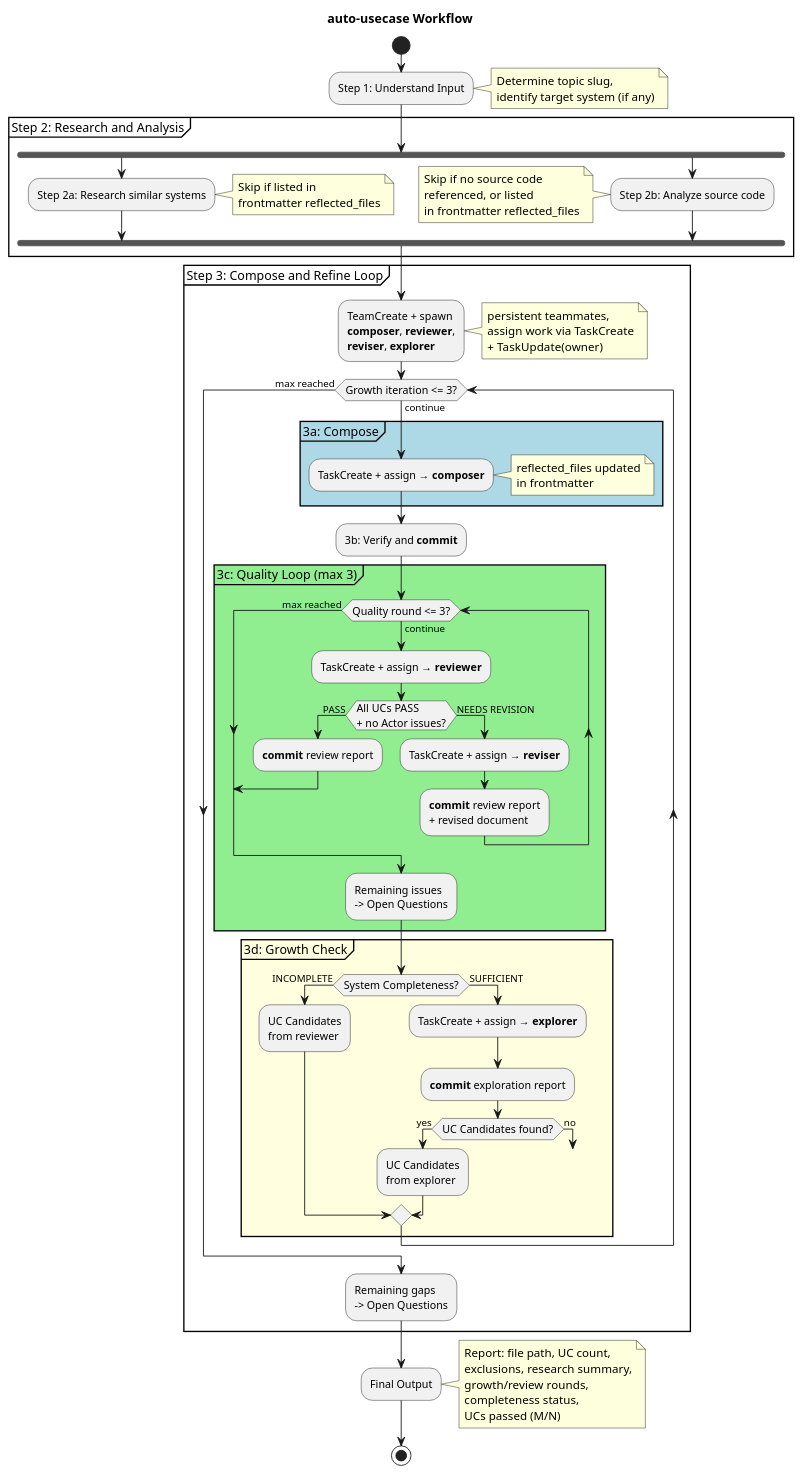
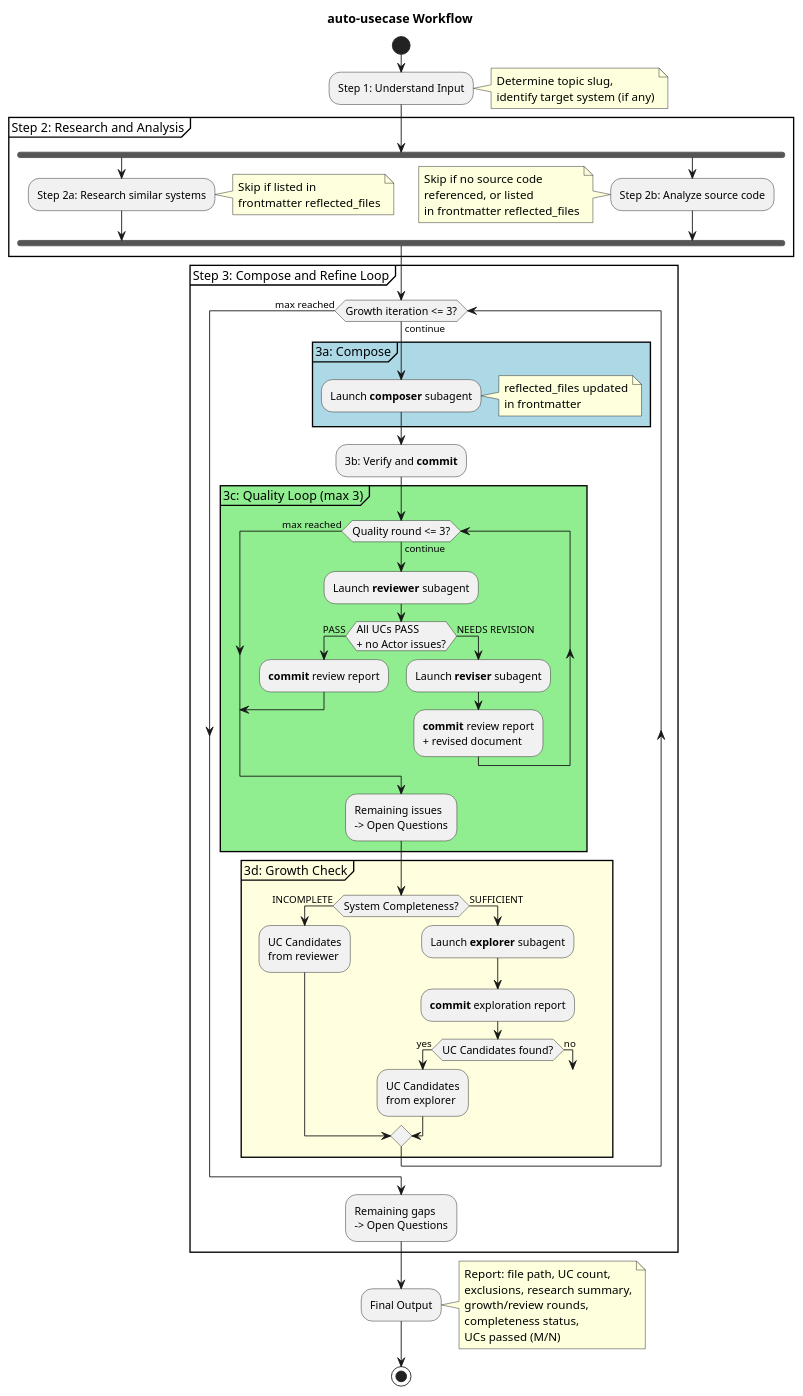
Before and after one commit to studykit/studykit-marketplace: the diagram in plugins/workflow/skills/auto-usecase/README.md, drawn with PlantUML. The commit also changed other lines of this file and 13 other files, not shown here.

First line of the commit message:
workflow: switch co-think skills to stateless subagent flow

```diff
--- a/plugins/workflow/skills/auto-usecase/README.md
+++ b/plugins/workflow/skills/auto-usecase/README.md
@@ -36,13 +36,10 @@
 
 partition "Step 3: Compose and Refine Loop" {
 
-  :TeamCreate + spawn\n**composer**, **reviewer**,\n**reviser**, **explorer**;
-  note right: persistent teammates,\nassign work via TaskCreate\n+ TaskUpdate(owner)
-
   while (Growth iteration <= 3?) is (continue)
 
     partition "3a: Compose" #LightBlue {
-      :TaskCreate + assign → **composer**;
+      :Launch **composer** subagent;
       note right: reflected_files updated\nin frontmatter
     }
 
@@ -50,13 +47,13 @@
 
     partition "3c: Quality Loop (max 3)" #LightGreen {
       while (Quality round <= 3?) is (continue)
-        :TaskCreate + assign → **reviewer**;
+        :Launch **reviewer** subagent;
 
         if (All UCs PASS\n+ no Actor issues?) then (PASS)
           :**commit** review report;
           break
         else (NEEDS REVISION)
-          :TaskCreate + assign → **reviser**;
+          :Launch **reviser** subagent;
           :**commit** review report\n+ revised document;
         endif
       endwhile (max reached)
@@ -67,7 +64,7 @@
       if (System Completeness?) then (INCOMPLETE)
         :UC Candidates\nfrom reviewer;
       else (SUFFICIENT)
-        :TaskCreate + assign → **explorer**;
+        :Launch **explorer** subagent;
         :**commit** exploration report;
 
         if (UC Candidates found?) then (yes)
```
